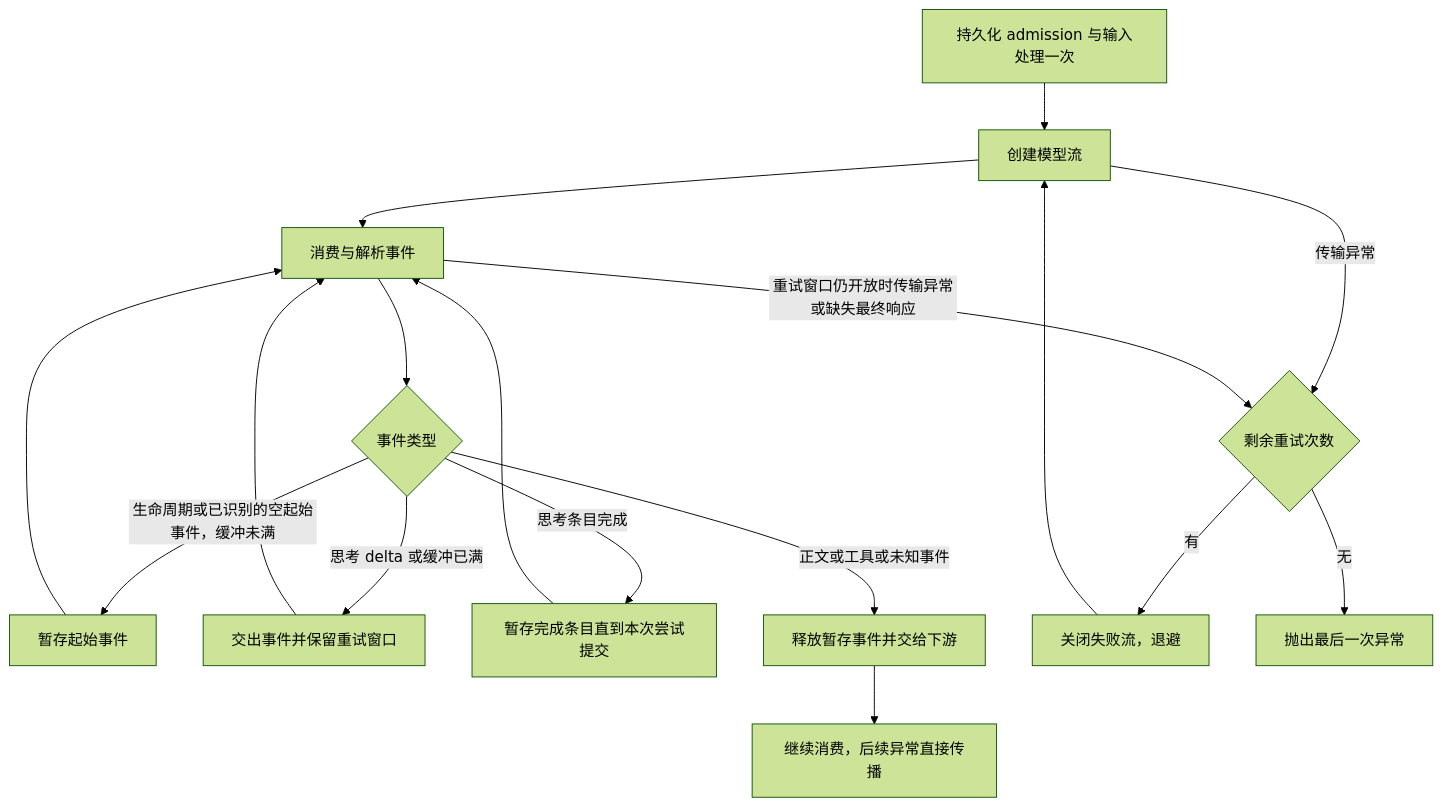
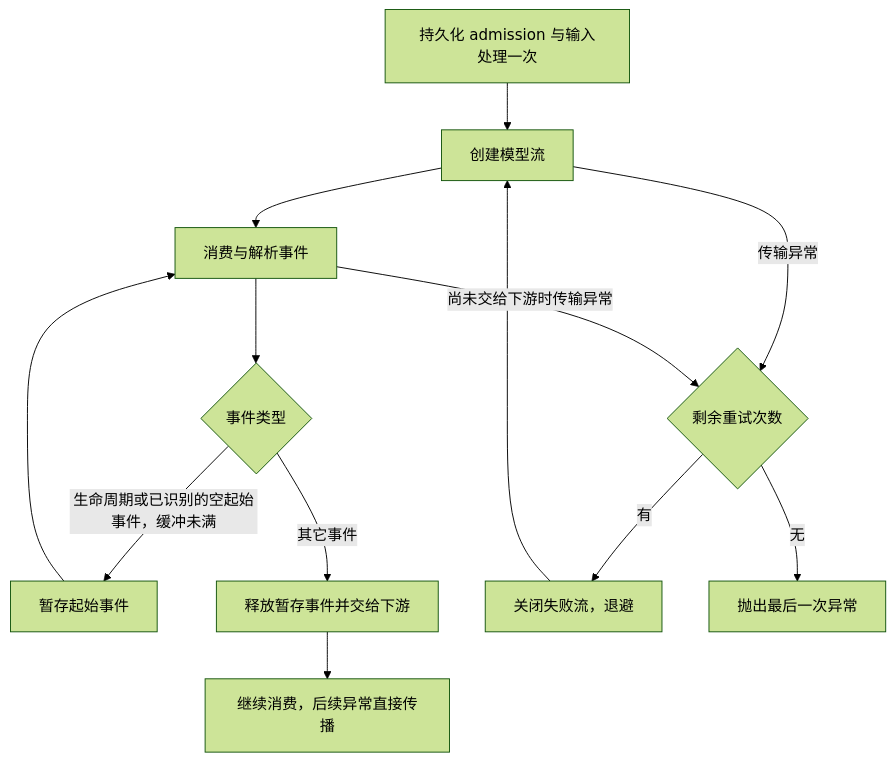
Before and after one commit to liauto-siada/siada-cli: the diagram in docs/wiki/17_provider-routing-retries.md, drawn with Mermaid (forest theme). The commit also changed other lines of this file and 952 other files, not shown here.

````diff
--- a/docs/wiki/17_provider-routing-retries.md
+++ b/docs/wiki/17_provider-routing-retries.md
@@ -83,19 +83,15 @@
 ```mermaid
 flowchart TD
     A[持久化 admission 与输入处理一次] --> B[创建模型流]
     B --> C[消费与解析事件]
     C --> D{事件类型}
     D -->|生命周期或已识别的空起始事件，缓冲未满| E[暂存起始事件]
     E --> C
-    D -->|思考 delta 或缓冲已满| K[交出事件并保留重试窗口]
-    K --> C
-    D -->|思考条目完成| L[暂存完成条目直到本次尝试提交]
-    L --> C
-    D -->|正文或工具或未知事件| F[释放暂存事件并交给下游]
+    D -->|其它事件| F[释放暂存事件并交给下游]
     F --> G[继续消费，后续异常直接传播]
     B -->|传输异常| H{剩余重试次数}
-    C -->|重试窗口仍开放时传输异常或缺失最终响应| H
+    C -->|尚未交给下游时传输异常| H
     H -->|有| I[关闭失败流，退避]
     I --> B
     H -->|无| J[抛出最后一次异常]
 ```
````
